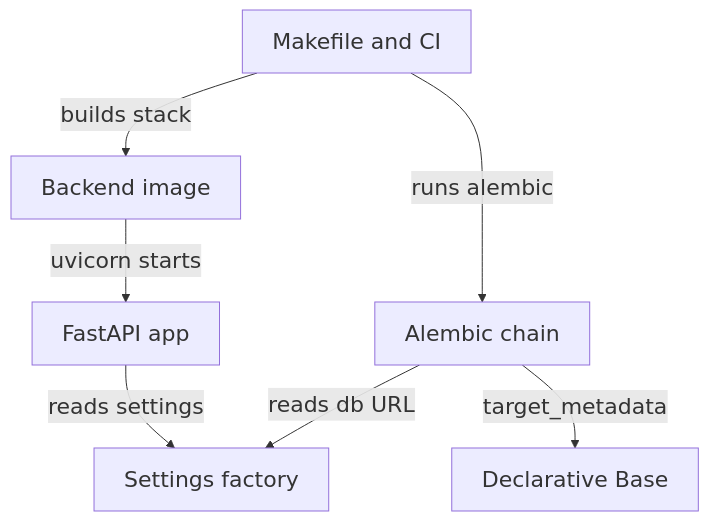
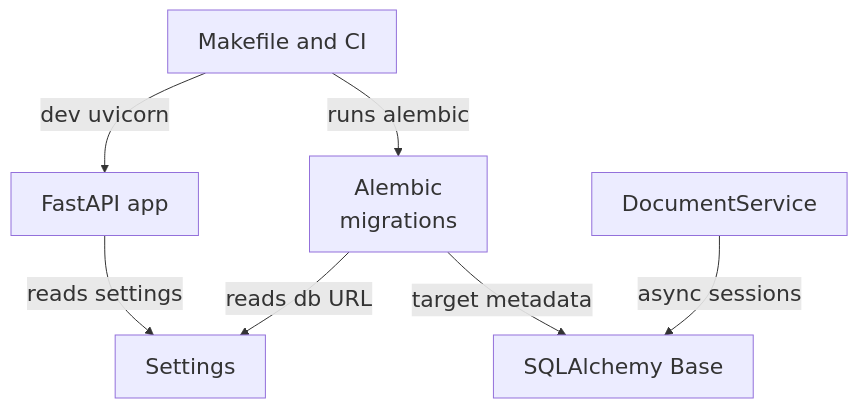
The first of 5 diagrams in maps/foundation/README.md (Justin-Mendoza/Afterclass), drawn with Mermaid before and after one commit. The commit also changed other lines of this file and 83 other files, not shown here.

````diff
--- a/maps/foundation/README.md
+++ b/maps/foundation/README.md
@@ -23,16 +23,16 @@
 ```mermaid
 %%{init: {"themeVariables": {"fontSize": "22px"}}}%%
 flowchart TD
   n0["FastAPI app"]
-  n1["Settings factory"]
-  n2["Declarative Base"]
-  n3["Alembic chain"]
-  n4["Backend image"]
+  n1["Settings"]
+  n2["SQLAlchemy Base"]
+  n3["DocumentService"]
+  n4["Alembic<br/>migrations"]
   n5["Makefile and CI"]
-  n4 -->|"uvicorn starts"| n0
   n0 -->|"reads settings"| n1
-  n3 -->|"reads db URL"| n1
-  n3 -->|"target_metadata"| n2
-  n5 -->|"runs alembic"| n3
-  n5 -->|"builds stack"| n4
+  n4 -->|"reads db URL"| n1
+  n4 -->|"target metadata"| n2
+  n3 -->|"async sessions"| n2
+  n5 -->|"runs alembic"| n4
+  n5 -->|"dev uvicorn"| n0
 ```
````
